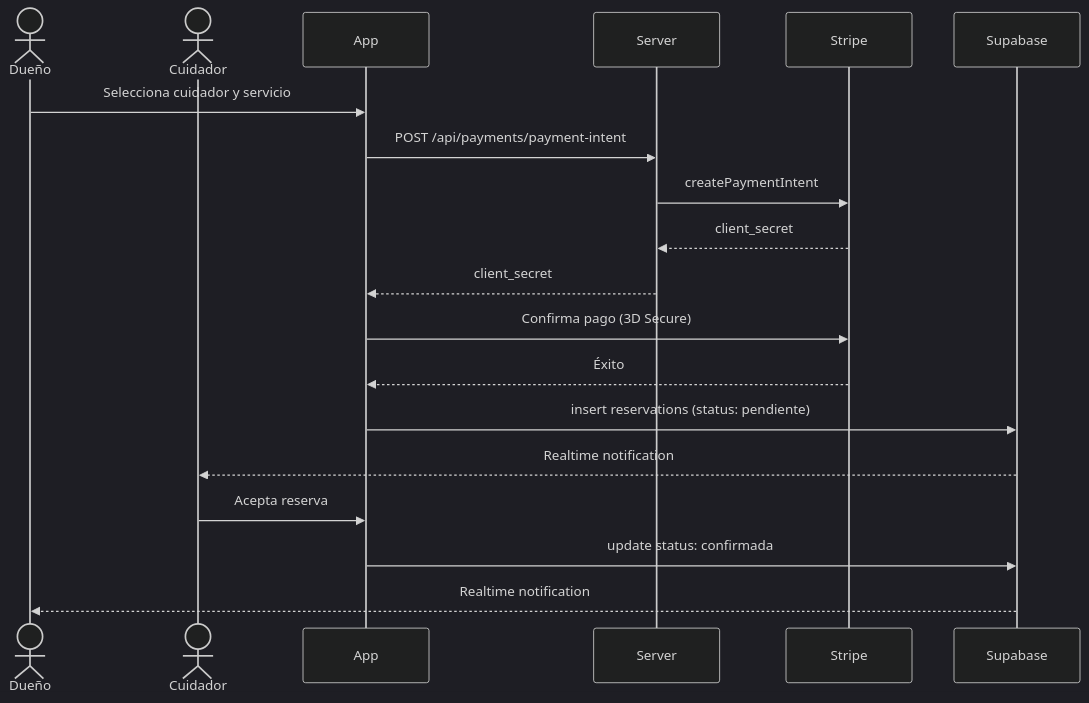
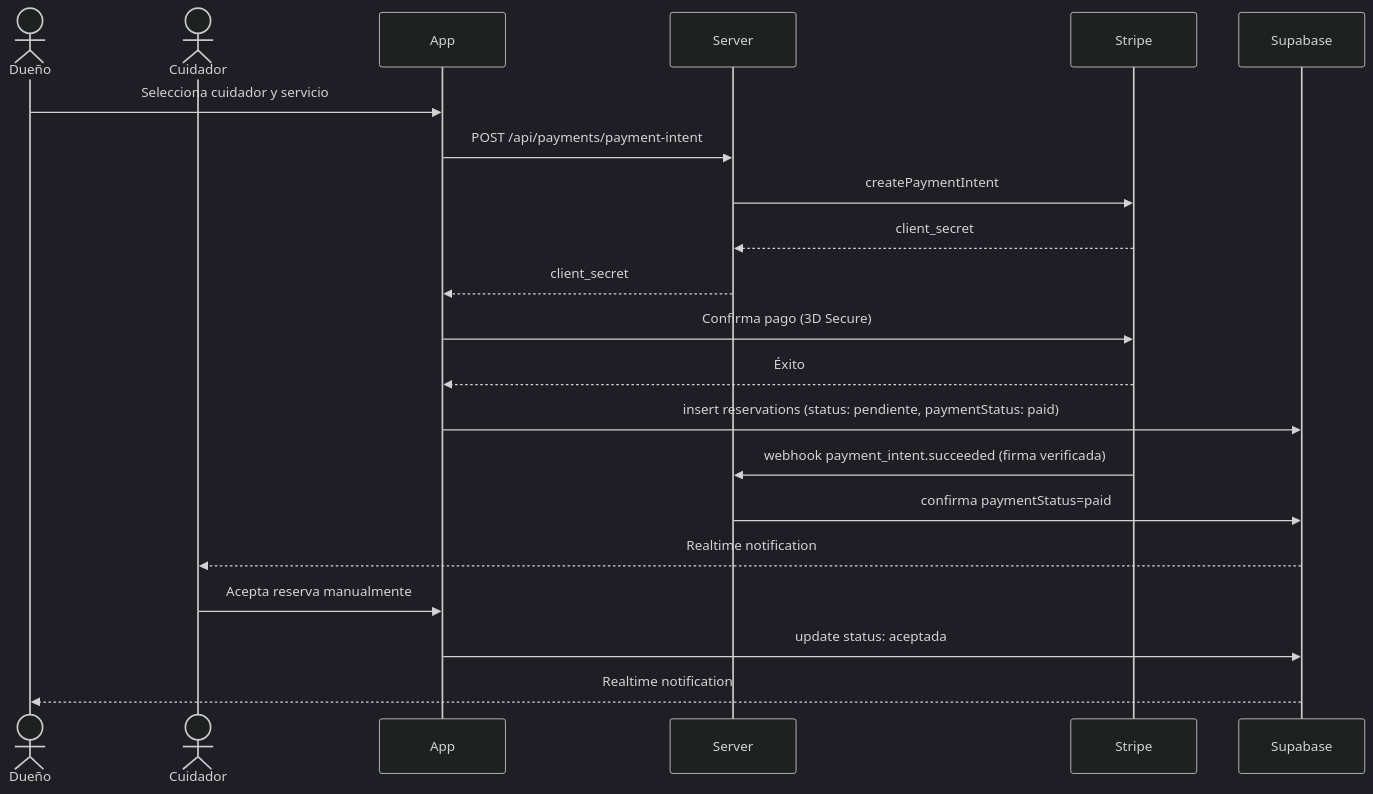
One commit to msabbar02/PawMate changed the eighth of 16 diagrams in TECNICA.md. Above: the diagram before and after it, drawn with Mermaid (dark theme). The commit also changed other lines of this file and 96 other files, not shown here.

````diff
--- a/TECNICA.md
+++ b/TECNICA.md
@@ -327,22 +316,24 @@
 ```mermaid
 sequenceDiagram
     actor O as Dueño
     actor C as Cuidador
     participant M as App
     participant SR as Server
     participant ST as Stripe
     participant DB as Supabase
 
     O->>M: Selecciona cuidador y servicio
     M->>SR: POST /api/payments/payment-intent
     SR->>ST: createPaymentIntent
     ST-->>SR: client_secret
     SR-->>M: client_secret
     M->>ST: Confirma pago (3D Secure)
     ST-->>M: Éxito
-    M->>DB: insert reservations (status: pendiente)
+    M->>DB: insert reservations (status: pendiente, paymentStatus: paid)
+    ST->>SR: webhook payment_intent.succeeded (firma verificada)
+    SR->>DB: confirma paymentStatus=paid
     DB-->>C: Realtime notification
-    C->>M: Acepta reserva
-    M->>DB: update status: confirmada
+    C->>M: Acepta reserva manualmente
+    M->>DB: update status: aceptada
     DB-->>O: Realtime notification
 ```
````
